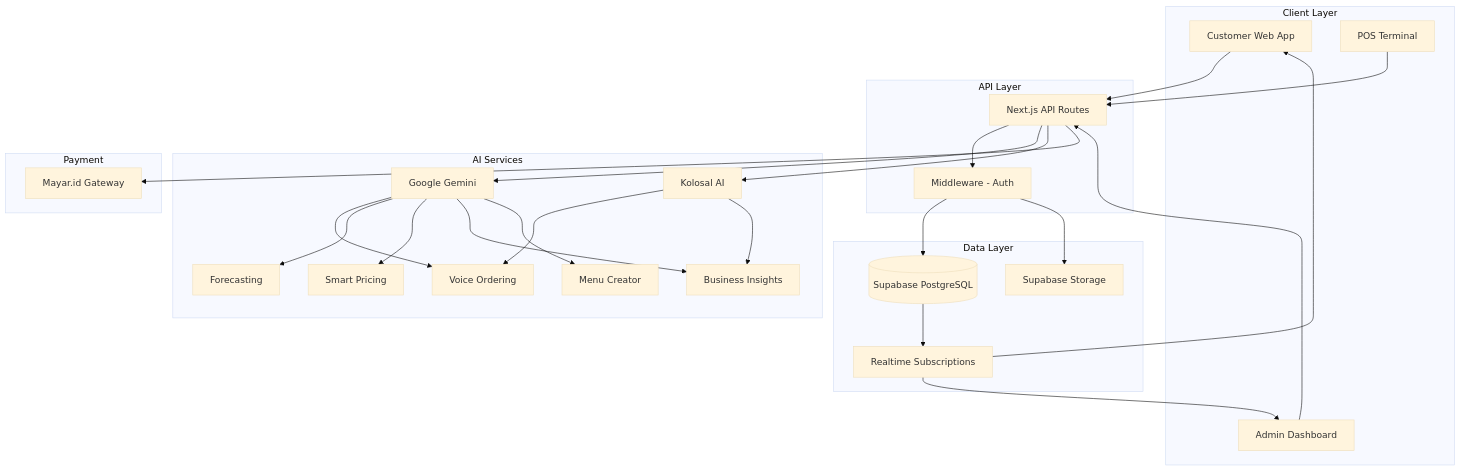
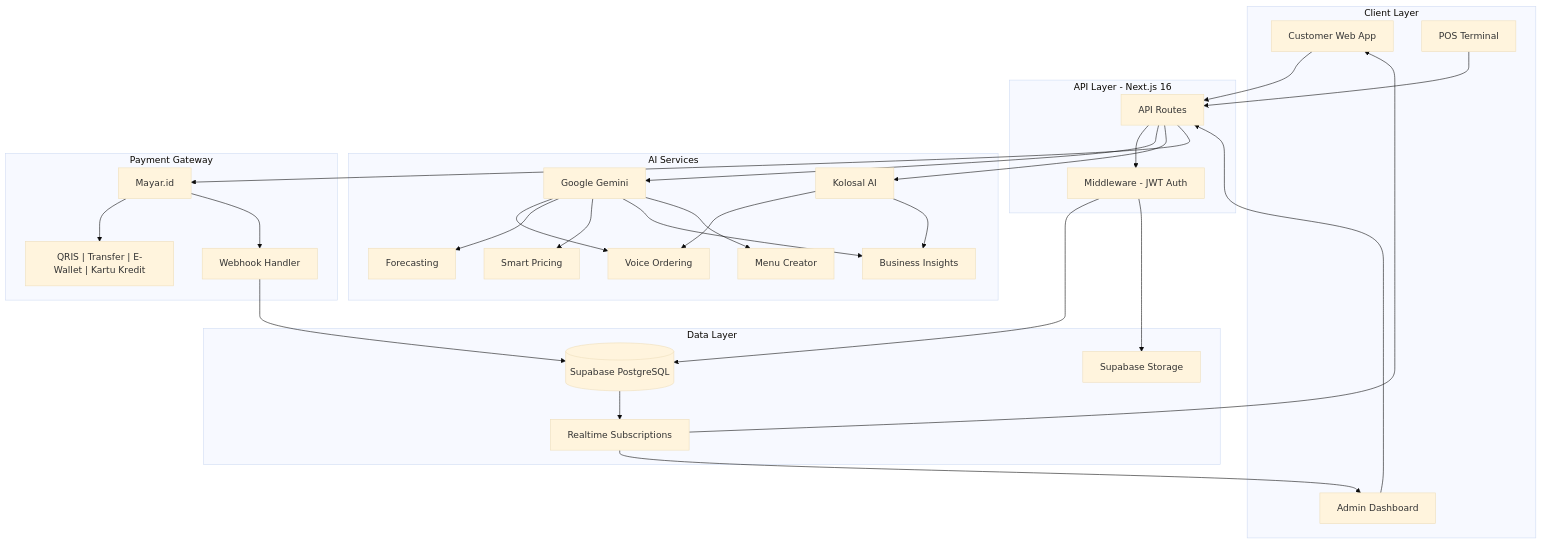
The first of 9 diagrams in README.md (mocharil/savora), drawn with Mermaid (base theme) before and after one commit. The commit also changed other lines of this file and 3 other files, not shown here.

Commit message:
feat: POS Mayar.id payment integration and comprehensive README update

````diff
--- a/README.md
+++ b/README.md
@@ -157,53 +171,58 @@
 ```mermaid
 flowchart TB
     subgraph Client["Client Layer"]
         CW[Customer Web App]
         AW[Admin Dashboard]
         POS[POS Terminal]
     end
 
-    subgraph API["API Layer"]
-        NEXT[Next.js API Routes]
-        MW[Middleware - Auth]
+    subgraph API["API Layer - Next.js 16"]
+        NEXT[API Routes]
+        MW[Middleware - JWT Auth]
     end
 
     subgraph AI["AI Services"]
         GEM[Google Gemini]
         KOL[Kolosal AI]
         VO[Voice Ordering]
         FC[Forecasting]
         PR[Smart Pricing]
         IN[Business Insights]
         MC[Menu Creator]
     end
 
     subgraph Data["Data Layer"]
         SB[(Supabase PostgreSQL)]
         ST[Supabase Storage]
         RT[Realtime Subscriptions]
     end
 
-    subgraph Payment["Payment"]
-        MY[Mayar.id Gateway]
+    subgraph Payment["Payment Gateway"]
+        MY[Mayar.id]
+        WH[Webhook Handler]
+        PM["QRIS | Transfer | E-Wallet | Kartu Kredit"]
     end
 
     CW --> NEXT
     AW --> NEXT
     POS --> NEXT
     NEXT --> MW
     MW --> SB
     MW --> ST
     NEXT --> GEM
     NEXT --> KOL
     GEM --> VO
     GEM --> FC
     GEM --> PR
     GEM --> IN
     GEM --> MC
     KOL --> VO
     KOL --> IN
     NEXT --> MY
+    MY --> PM
+    MY --> WH
+    WH --> SB
     SB --> RT
     RT --> CW
     RT --> AW
 ```
````
